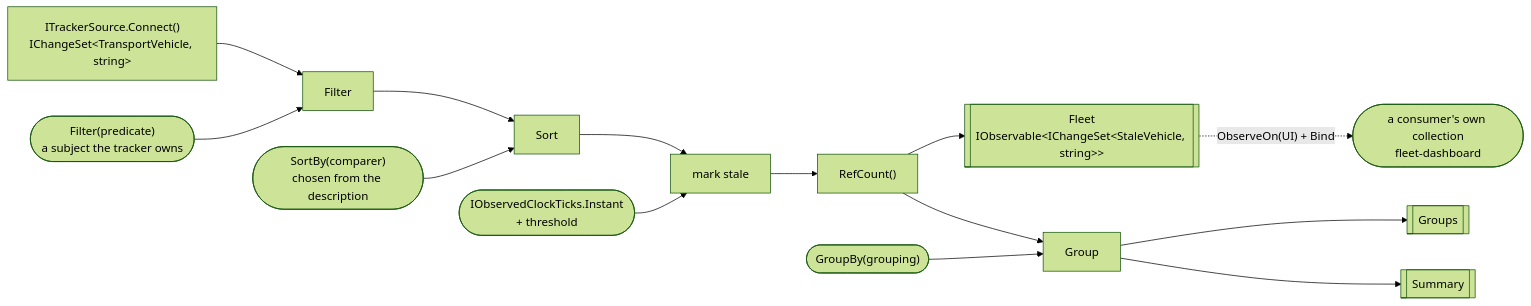
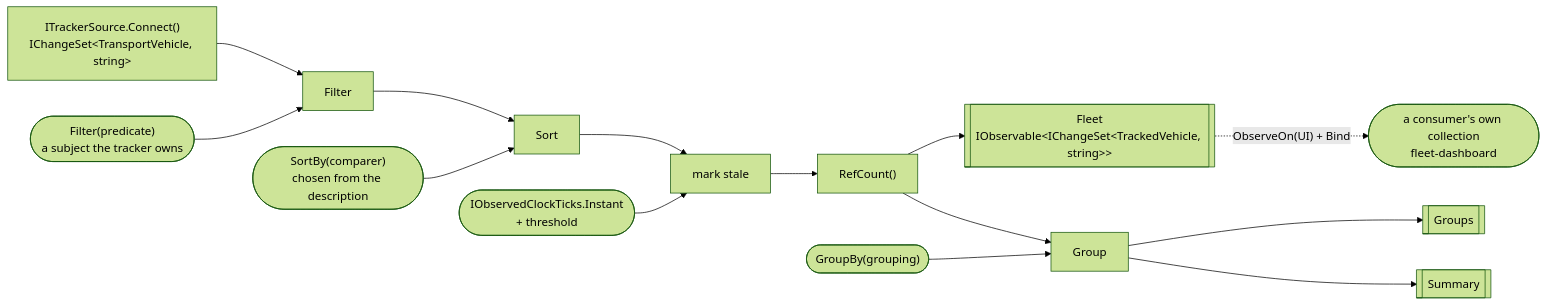
One commit to RLittlesII/Transporter changed the first of 2 diagrams in features/fleet-pipeline/.spec/README.md. Above: the diagram before and after it, drawn with Mermaid (forest theme). The commit also changed other lines of this file and 16 other files, not shown here.

````diff
--- a/features/fleet-pipeline/.spec/README.md
+++ b/features/fleet-pipeline/.spec/README.md
@@ -315,16 +321,16 @@
 ```mermaid
 flowchart LR
     src["ITrackerSource.Connect()<br/>IChangeSet&lt;TransportVehicle, string&gt;"] --> filter
     predicate(["Filter(predicate)<br/>a subject the tracker owns"]) --> filter
     filter["Filter"] --> sort
     comparer(["SortBy(comparer)<br/>chosen from the description"]) --> sort
     sort["Sort"] --> stale
     clock(["IObservedClockTicks.Instant<br/>+ threshold"]) --> stale
     stale["mark stale"] --> share["RefCount()"]
-    share --> fleet[["Fleet<br/>IObservable&lt;IChangeSet&lt;StaleVehicle, string&gt;&gt;"]]
+    share --> fleet[["Fleet<br/>IObservable&lt;IChangeSet&lt;TrackedVehicle, string&gt;&gt;"]]
     share --> group["Group"]
     grouping(["GroupBy(grouping)"]) --> group
     group --> groups[["Groups"]]
     group --> summary[["Summary"]]
     fleet -.->|"ObserveOn(UI) + Bind"| vm(["a consumer's own collection<br/>fleet-dashboard"])
 ```
````
